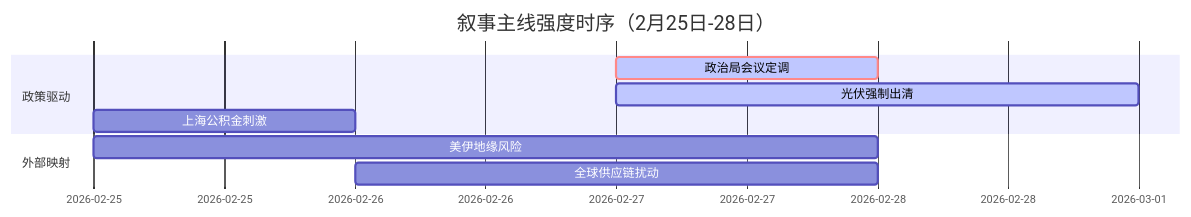
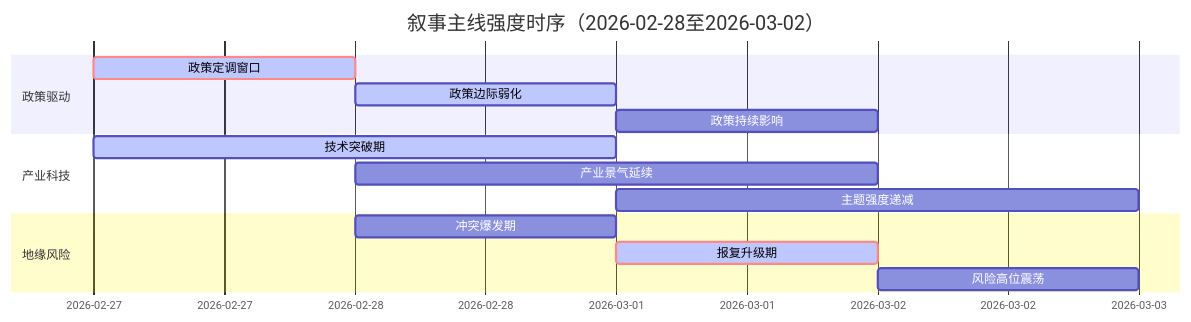
Before and after one commit to uu5zn/uu5zn.github.io: the diagram in 5day_report.md, drawn with Mermaid. The commit also changed other lines of this file and 19 other files, not shown here.

````diff
--- a/5day_report.md
+++ b/5day_report.md
@@ -56,13 +54,19 @@
 ```mermaid
 gantt
-    title 叙事主线强度时序（2月25日-28日）
+    title 叙事主线强度时序（2026-02-28至2026-03-02）
     dateFormat  YYYY-MM-DD
     section 政策驱动
-    政治局会议定调   :crit, active, 2026-02-27, 1d
-    光伏强制出清   :active, 2026-02-27, 2d
-    上海公积金刺激   :2026-02-25, 1d
+    政策定调窗口 :crit, active, 2026-02-27, 1d
+    政策边际弱化 :active, 2026-02-28, 1d
+    政策持续影响 :2026-03-01, 1d
     
-    section 外部映射
-    美伊地缘风险   :2026-02-25, 3d
-    全球供应链扰动   :2026-02-26, 2d
+    section 产业科技
+    技术突破期 :active, 2026-02-27, 2d
+    产业景气延续 :2026-02-28, 2d
+    主题强度递减 :2026-03-01, 2d
+    
+    section 地缘风险
+    冲突爆发期 :2026-02-28, 1d
+    报复升级期 :crit, active, 2026-03-01, 1d
+    风险高位震荡 :2026-03-02, 1d
 ```
````
